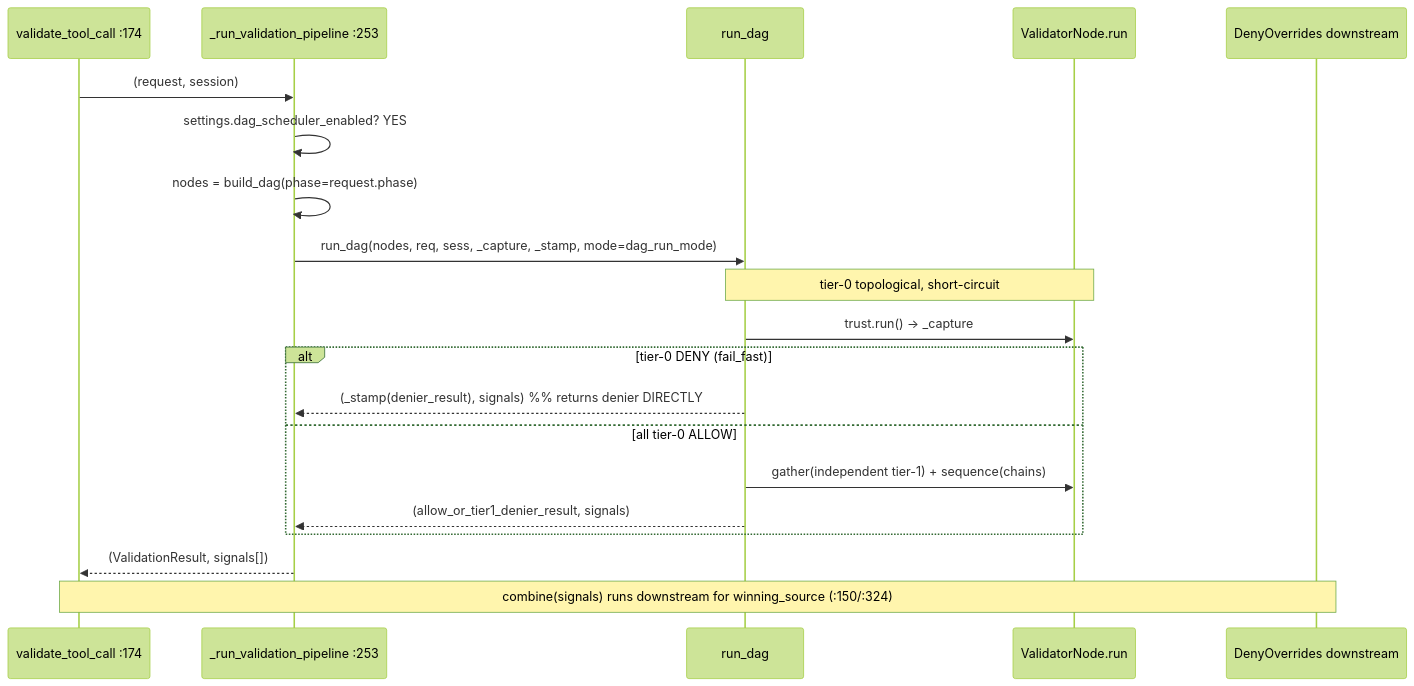
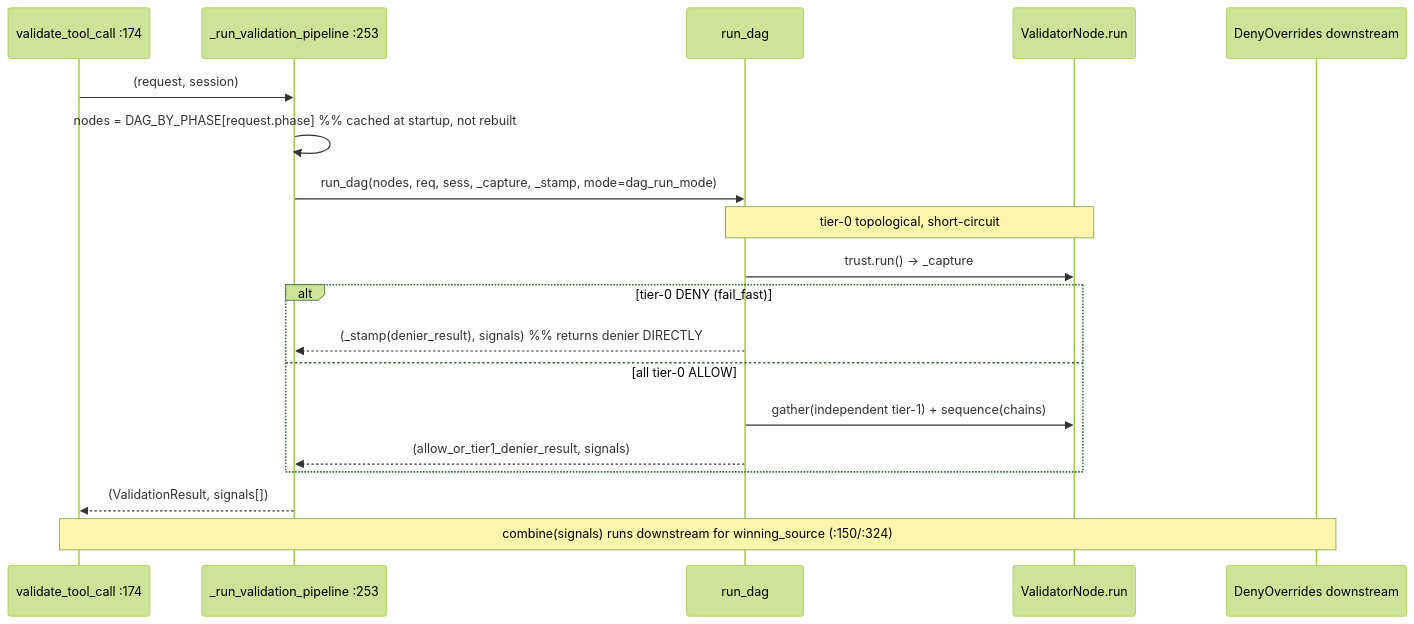
One commit to shashank31mar/Sentra changed the second of 5 diagrams in lld/31-dag-scheduler.md. Above: the diagram before and after it, drawn with Mermaid (forest theme). The commit also changed other lines of this file and 4 other files, not shown here.

First line of the commit message:
ws-c-dag-scheduler: land grilled+reconciled LLD 31 + tasks doc on main (pre-build)

````diff
--- a/lld/31-dag-scheduler.md
+++ b/lld/31-dag-scheduler.md
@@ -150,22 +159,21 @@
 ```mermaid
 sequenceDiagram
   participant C as validate_tool_call :174
   participant P as _run_validation_pipeline :253
   participant R as run_dag
   participant N as ValidatorNode.run
   participant D as DenyOverrides downstream
   C->>P: (request, session)
-  P->>P: settings.dag_scheduler_enabled? YES
-  P->>P: nodes = build_dag(phase=request.phase)
+  P->>P: nodes = DAG_BY_PHASE[request.phase]  %% cached at startup, not rebuilt
   P->>R: run_dag(nodes, req, sess, _capture, _stamp, mode=dag_run_mode)
   Note over R,N: tier-0 topological, short-circuit
   R->>N: trust.run() -> _capture
   alt tier-0 DENY (fail_fast)
     R-->>P: (_stamp(denier_result), signals)  %% returns denier DIRECTLY
   else all tier-0 ALLOW
     R->>N: gather(independent tier-1) + sequence(chains)
     R-->>P: (allow_or_tier1_denier_result, signals)
   end
   P-->>C: (ValidationResult, signals[])
   Note over C,D: combine(signals) runs downstream for winning_source (:150/:324)
 ```
````
